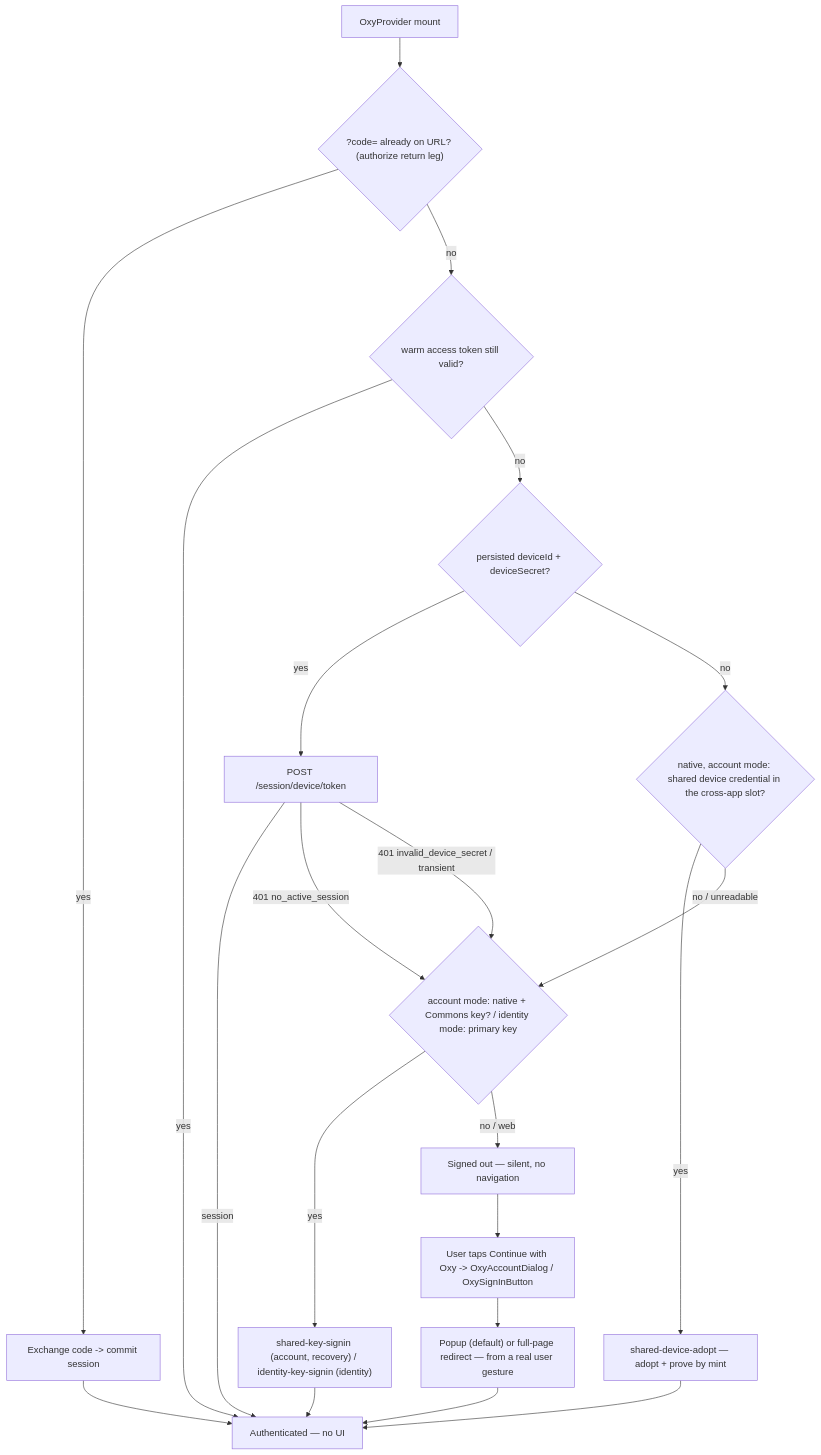
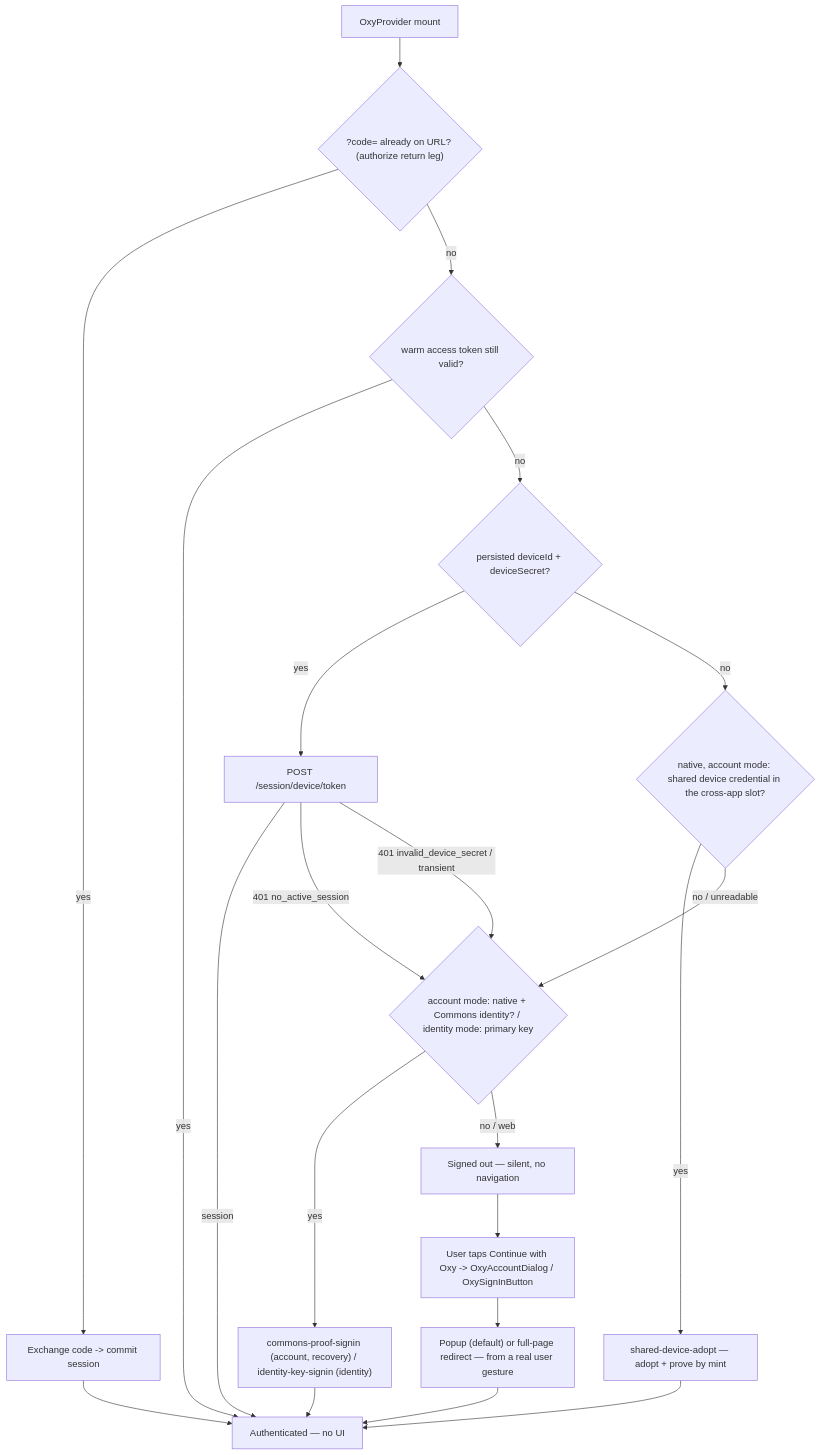
Before and after one commit to OxyHQ/oxy: the first of 2 diagrams in docs/SESSION-ARCHITECTURE.md, drawn with Mermaid. The commit also changed other lines of this file and 10 other files, not shown here.

````diff
--- a/docs/SESSION-ARCHITECTURE.md
+++ b/docs/SESSION-ARCHITECTURE.md
@@ -283,22 +285,22 @@
 ```mermaid
 flowchart TD
   Mount["OxyProvider mount"] --> Return{"?code= already on URL? (authorize return leg)"}
   Return -->|yes| Exchange["Exchange code -> commit session"] --> In["Authenticated — no UI"]
   Return -->|no| Warm{"warm access token still valid?"}
   Warm -->|yes| In
   Warm -->|no| Secret{"persisted deviceId + deviceSecret?"}
   Secret -->|yes| Mint["POST /session/device/token"]
   Mint -->|session| In
   Mint -->|"401 no_active_session"| Native
   Mint -->|"401 invalid_device_secret / transient"| Native
   Secret -->|no| Slot{"native, account mode: shared device credential in the cross-app slot?"}
   Slot -->|yes| Adopt["shared-device-adopt — adopt + prove by mint"]
   Adopt --> In
-  Slot -->|"no / unreadable"| Native{"account mode: native + Commons key? / identity mode: primary key"}
-  Native -->|yes| Shared["shared-key-signin (account, recovery) / identity-key-signin (identity)"]
+  Slot -->|"no / unreadable"| Native{"account mode: native + Commons identity? / identity mode: primary key"}
+  Native -->|yes| Shared["commons-proof-signin (account, recovery) / identity-key-signin (identity)"]
   Shared --> In
   Native -->|"no / web"| Out["Signed out — silent, no navigation"]
   Out --> Btn["User taps Continue with Oxy -> OxyAccountDialog / OxySignInButton"]
   Btn --> Gesture["Popup (default) or full-page redirect — from a real user gesture"]
   Gesture --> In
 ```
````
